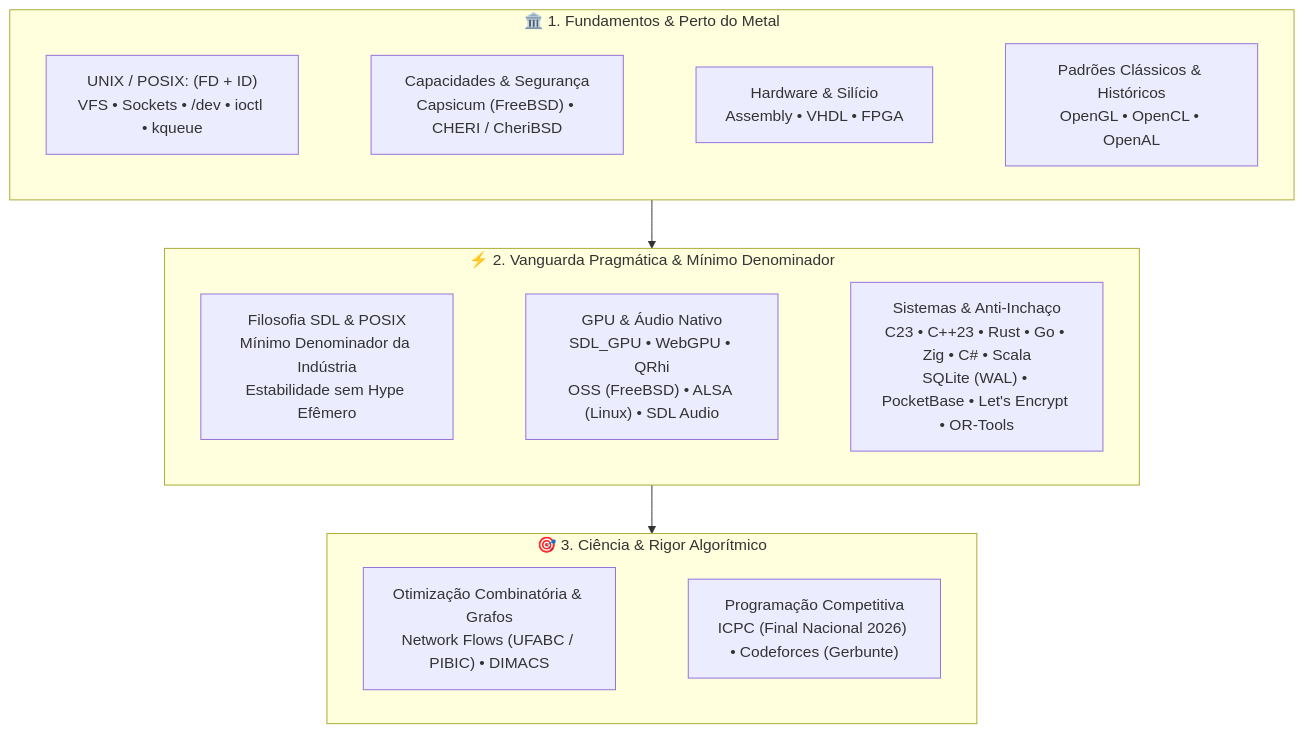
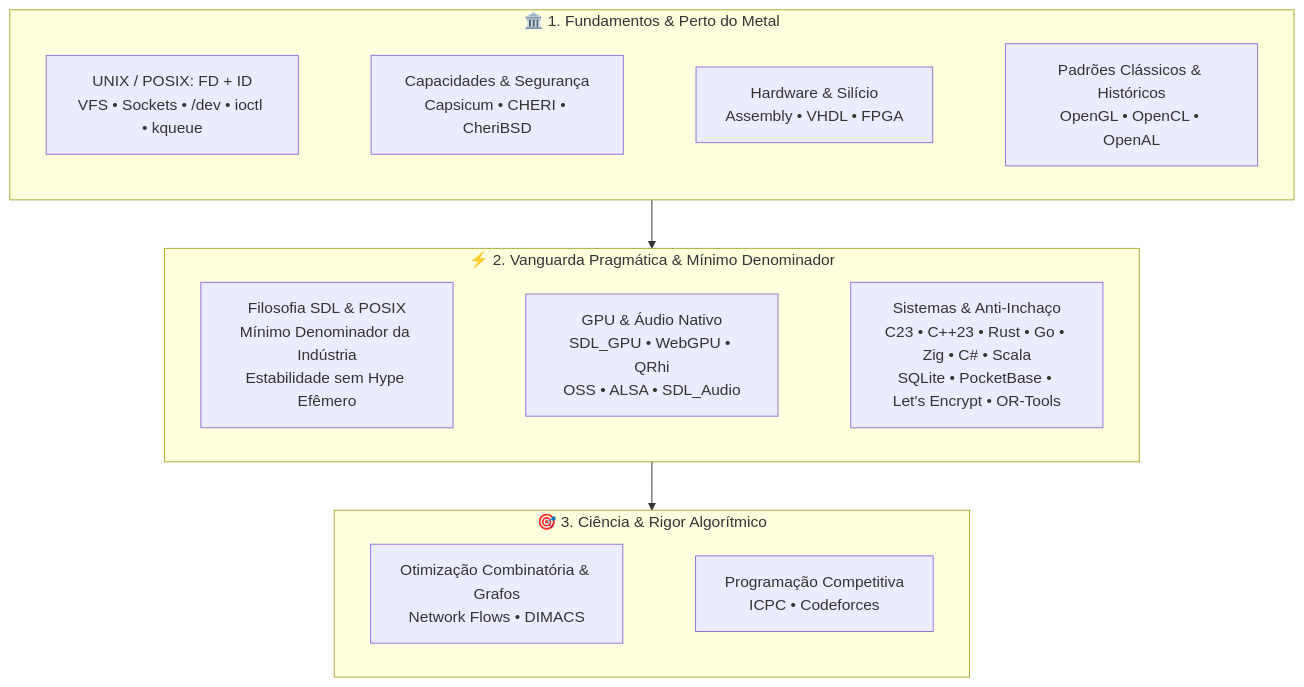
The diagram in README.md (GabrielFrigo4/GabrielFrigo4), drawn with Mermaid before and after one commit. The commit also changed other lines of this file, not shown here.

Commit message:
docs(profile): remove parentheses from badges and mermaid, separate SDL_Audio

````diff
--- a/README.md
+++ b/README.md
@@ -16,28 +16,28 @@
 ```mermaid
 flowchart TD
     subgraph S1 ["🏛️ 1. Fundamentos & Perto do Metal"]
         direction LR
-        UNIX["UNIX / POSIX: (FD + ID)<br/>VFS • Sockets • /dev • ioctl • kqueue"]
-        SEC["Capacidades & Segurança<br/>Capsicum (FreeBSD) • CHERI / CheriBSD"]
+        UNIX["UNIX / POSIX: FD + ID<br/>VFS • Sockets • /dev • ioctl • kqueue"]
+        SEC["Capacidades & Segurança<br/>Capsicum • CHERI • CheriBSD"]
         HW["Hardware & Silício<br/>Assembly • VHDL • FPGA"]
         HIST["Padrões Clássicos & Históricos<br/>OpenGL • OpenCL • OpenAL"]
         UNIX ~~~ SEC ~~~ HW ~~~ HIST
     end
 
     subgraph S2 ["⚡ 2. Vanguarda Pragmática & Mínimo Denominador"]
         direction LR
         SDL_PHIL["Filosofia SDL & POSIX<br/>Mínimo Denominador da Indústria<br/>Estabilidade sem Hype Efêmero"]
-        MOD_GPU["GPU & Áudio Nativo<br/>SDL_GPU • WebGPU • QRhi<br/>OSS (FreeBSD) • ALSA (Linux) • SDL Audio"]
-        SYS_PRAG["Sistemas & Anti-Inchaço<br/>C23 • C++23 • Rust • Go • Zig • C# • Scala<br/>SQLite (WAL) • PocketBase • Let's Encrypt • OR-Tools"]
+        MOD_GPU["GPU & Áudio Nativo<br/>SDL_GPU • WebGPU • QRhi<br/>OSS • ALSA • SDL_Audio"]
+        SYS_PRAG["Sistemas & Anti-Inchaço<br/>C23 • C++23 • Rust • Go • Zig • C# • Scala<br/>SQLite • PocketBase • Let's Encrypt • OR-Tools"]
         SDL_PHIL ~~~ MOD_GPU ~~~ SYS_PRAG
     end
 
     subgraph S3 ["🎯 3. Ciência & Rigor Algorítmico"]
         direction LR
-        OPT["Otimização Combinatória & Grafos<br/>Network Flows (UFABC / PIBIC) • DIMACS"]
-        CP["Programação Competitiva<br/>ICPC (Final Nacional 2026) • Codeforces (Gerbunte)"]
+        OPT["Otimização Combinatória & Grafos<br/>Network Flows • DIMACS"]
+        CP["Programação Competitiva<br/>ICPC • Codeforces"]
         OPT ~~~ CP
     end
 
     S1 --> S2 --> S3
 ```
````
